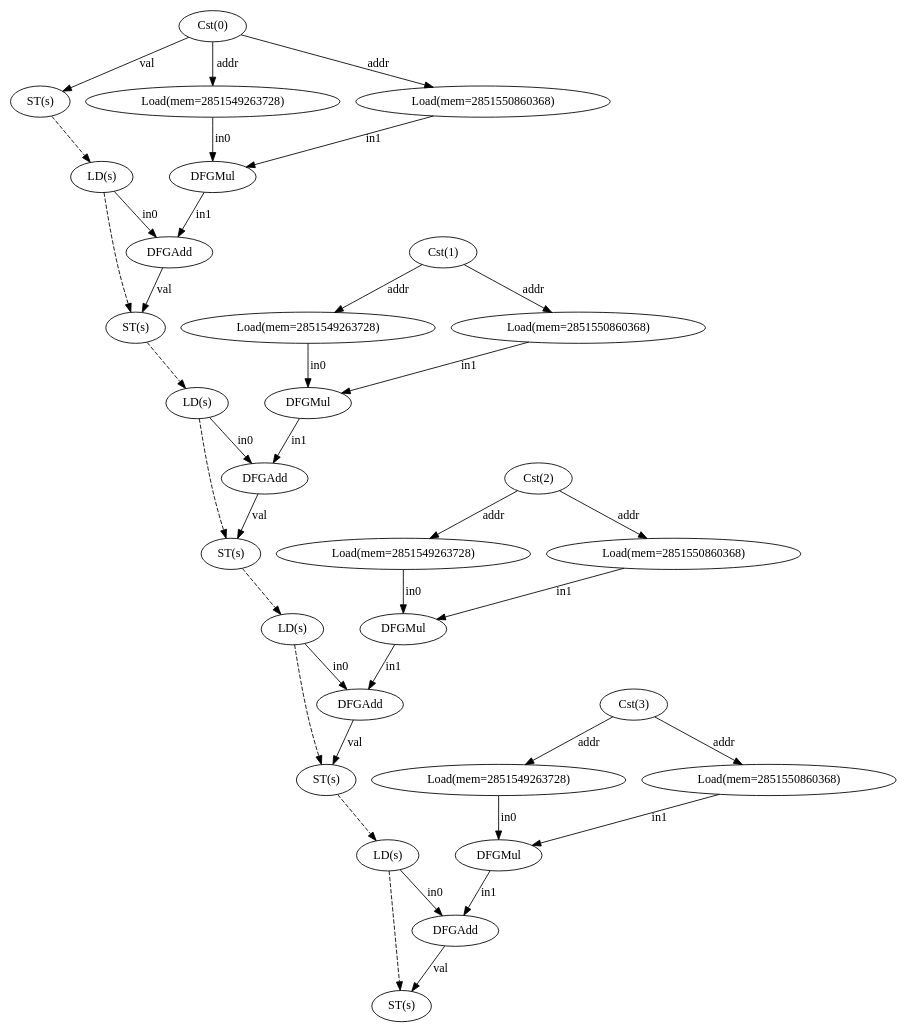
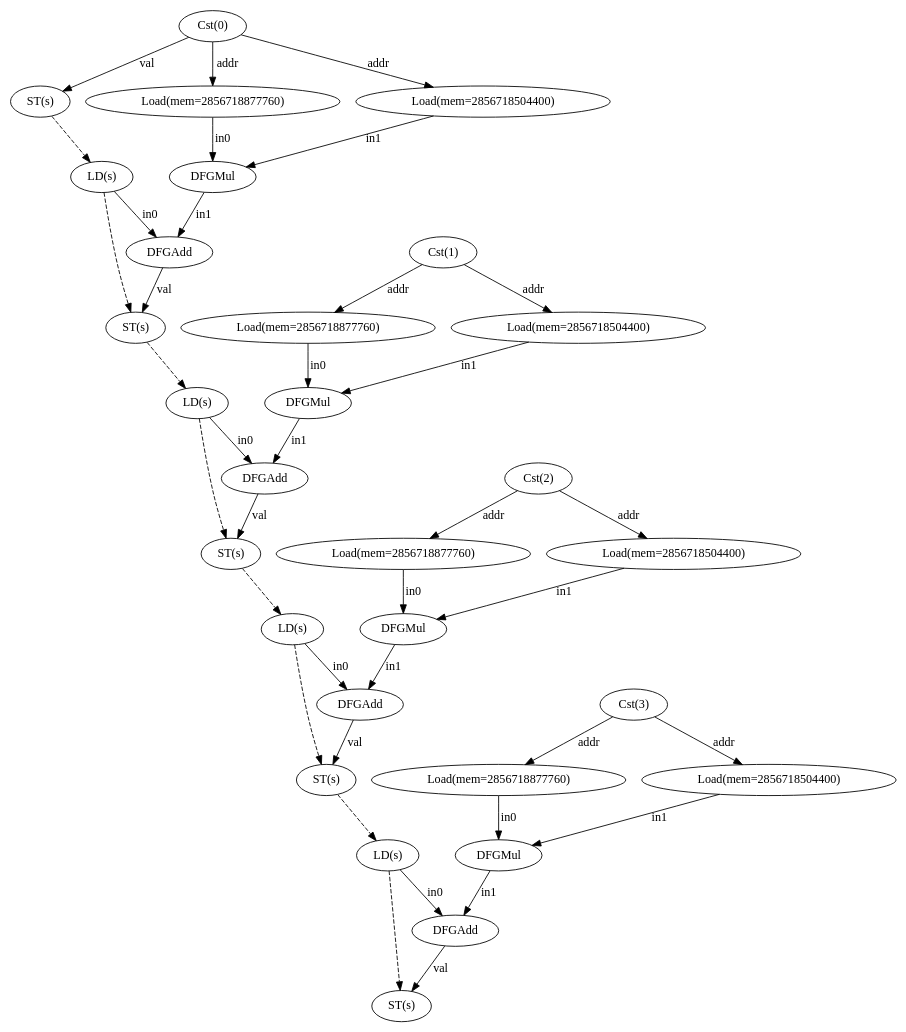
One commit to ma-carrillo/High-level-synthesis-assignment changed the diagram in test13/dfg.dot. Above: the diagram before and after it, drawn with Graphviz. The commit also changed 15 other files, not shown here.

```diff
--- a/test13/dfg.dot
+++ b/test13/dfg.dot
@@ -1,68 +1,68 @@
 digraph "dfg" {
   n0 [label="Cst(0)"];
   n1 [label="ST(s)"];
   n2 [label="LD(s)"];
-  n3 [label="Load(mem=2851549263728)"];
-  n4 [label="Load(mem=2851550860368)"];
+  n3 [label="Load(mem=2856718877760)"];
+  n4 [label="Load(mem=2856718504400)"];
   n5 [label="DFGMul"];
   n6 [label="DFGAdd"];
   n7 [label="ST(s)"];
   n8 [label="LD(s)"];
   n9 [label="Cst(1)"];
-  n10 [label="Load(mem=2851549263728)"];
-  n11 [label="Load(mem=2851550860368)"];
+  n10 [label="Load(mem=2856718877760)"];
+  n11 [label="Load(mem=2856718504400)"];
   n12 [label="DFGMul"];
   n13 [label="DFGAdd"];
   n14 [label="ST(s)"];
   n15 [label="LD(s)"];
   n16 [label="Cst(2)"];
-  n17 [label="Load(mem=2851549263728)"];
-  n18 [label="Load(mem=2851550860368)"];
+  n17 [label="Load(mem=2856718877760)"];
+  n18 [label="Load(mem=2856718504400)"];
   n19 [label="DFGMul"];
   n20 [label="DFGAdd"];
   n21 [label="ST(s)"];
   n22 [label="LD(s)"];
   n23 [label="Cst(3)"];
-  n24 [label="Load(mem=2851549263728)"];
-  n25 [label="Load(mem=2851550860368)"];
+  n24 [label="Load(mem=2856718877760)"];
+  n25 [label="Load(mem=2856718504400)"];
   n26 [label="DFGMul"];
   n27 [label="DFGAdd"];
   n28 [label="ST(s)"];
   n0 -> n1 [label="val"];
   n0 -> n3 [label="addr"];
   n0 -> n4 [label="addr"];
   n1 -> n2 [style="dashed"];
   n2 -> n6 [label="in0"];
   n2 -> n7 [style="dashed"];
   n3 -> n5 [label="in0"];
   n4 -> n5 [label="in1"];
   n5 -> n6 [label="in1"];
   n6 -> n7 [label="val"];
   n7 -> n8 [style="dashed"];
   n8 -> n13 [label="in0"];
   n8 -> n14 [style="dashed"];
   n9 -> n10 [label="addr"];
   n9 -> n11 [label="addr"];
   n10 -> n12 [label="in0"];
   n11 -> n12 [label="in1"];
   n12 -> n13 [label="in1"];
   n13 -> n14 [label="val"];
   n14 -> n15 [style="dashed"];
   n15 -> n20 [label="in0"];
   n15 -> n21 [style="dashed"];
   n16 -> n17 [label="addr"];
   n16 -> n18 [label="addr"];
   n17 -> n19 [label="in0"];
   n18 -> n19 [label="in1"];
   n19 -> n20 [label="in1"];
   n20 -> n21 [label="val"];
   n21 -> n22 [style="dashed"];
   n22 -> n27 [label="in0"];
   n22 -> n28 [style="dashed"];
   n23 -> n24 [label="addr"];
   n23 -> n25 [label="addr"];
   n24 -> n26 [label="in0"];
   n25 -> n26 [label="in1"];
   n26 -> n27 [label="in1"];
   n27 -> n28 [label="val"];
 }
```
